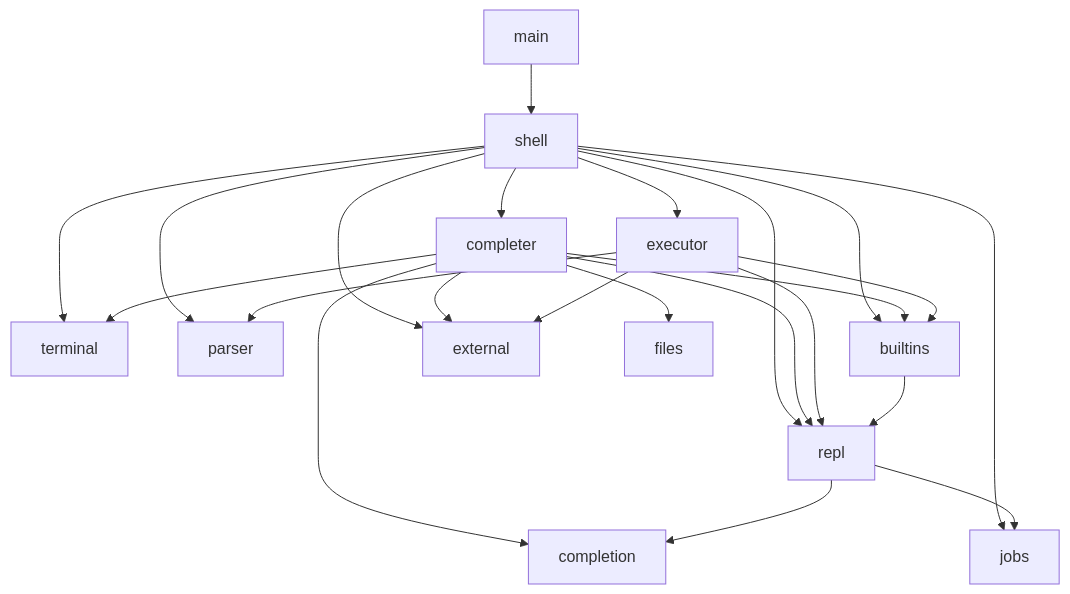
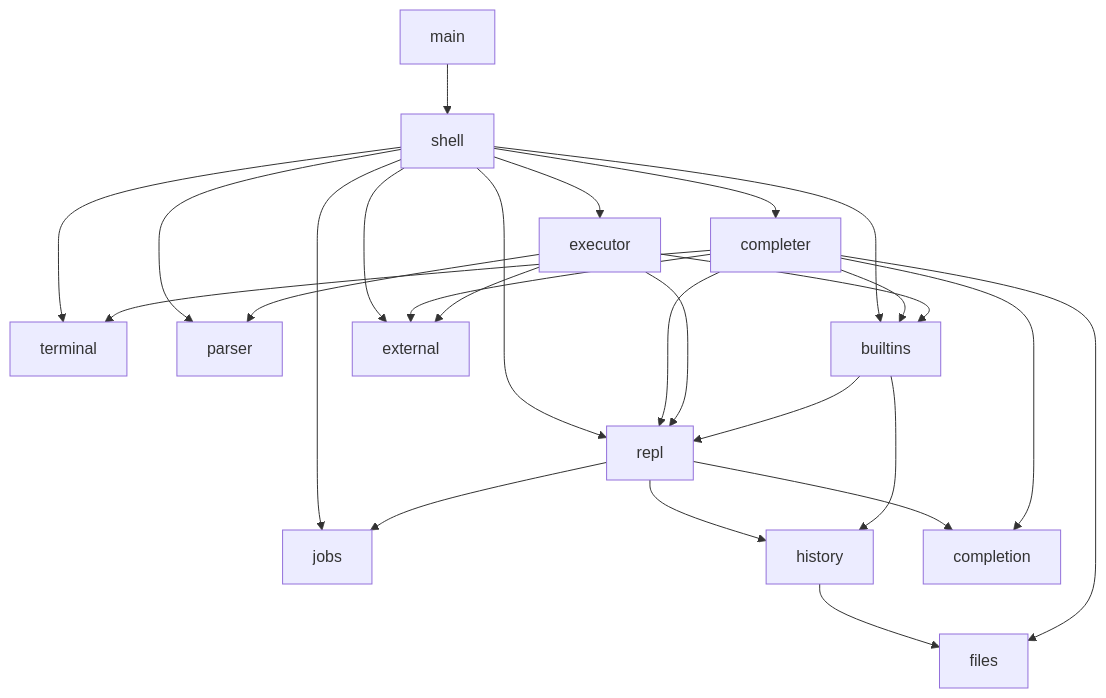
One commit to EmperorOwl/codecrafters-shell-go changed the first of 3 diagrams in docs/architecture.md. Above: the diagram before and after it, drawn with Mermaid. The commit also changed other lines of this file, not shown here.

Commit message:
docs(architecture): document command history feature

````diff
--- a/docs/architecture.md
+++ b/docs/architecture.md
@@ -23,30 +24,34 @@
 ```mermaid
 flowchart TB
     main --> shell
 
     shell --> terminal
     shell --> executor
     shell --> parser
     shell --> completer
     shell --> repl
     shell --> builtins
     shell --> external
     shell --> jobs
 
+    repl --> history
+    repl --> jobs
+    repl --> completion
+
+    history --> files
+
     completer --> builtins
     completer --> completion
     completer --> external
     completer --> files
     completer --> repl
     completer --> terminal
 
     executor --> builtins
     executor --> parser
     executor --> external
     executor --> repl
 
-    repl --> jobs
-    repl --> completion
-
+    builtins --> history
     builtins --> repl
 ```
````
